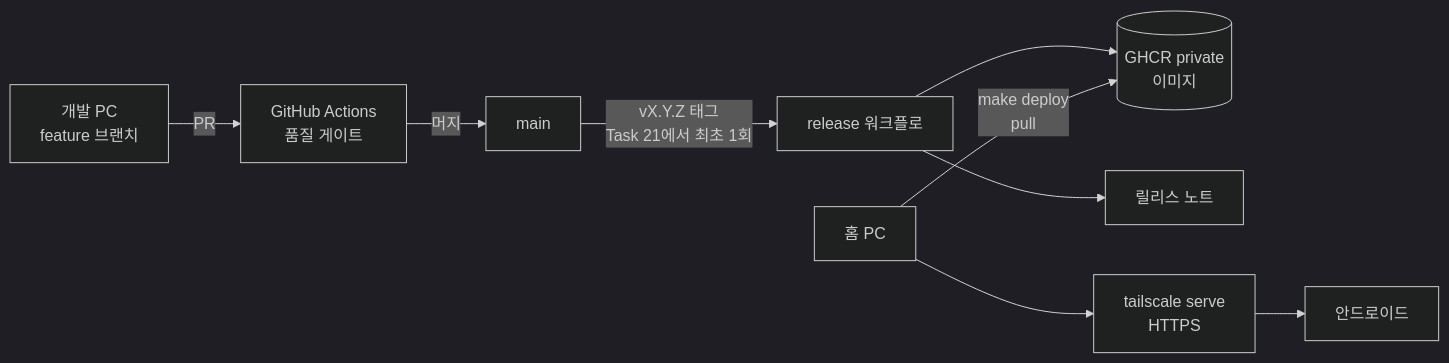
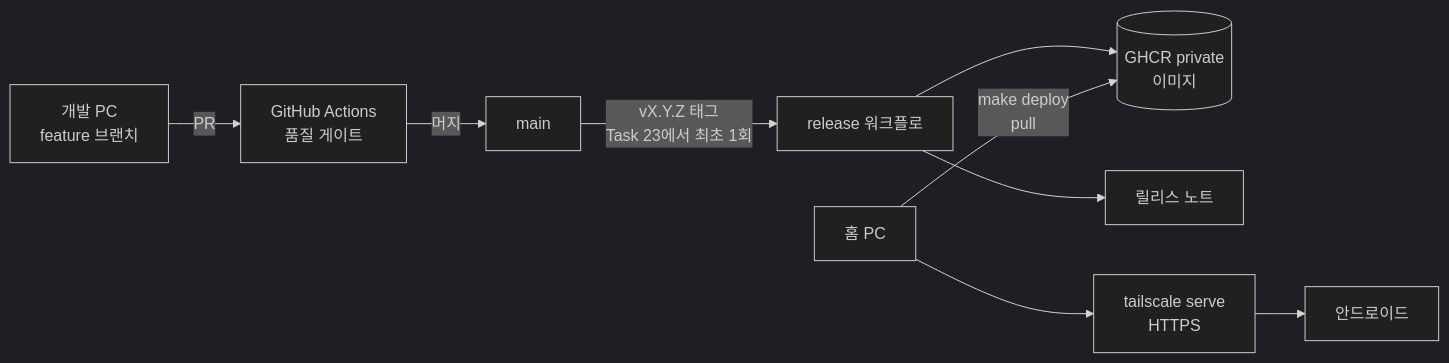
The fifth of 5 diagrams in docs/architecture.md (jihoon22-lee/SoolJang), drawn with Mermaid (dark theme) before and after one commit. The commit also changed other lines of this file, not shown here.

````diff
--- a/docs/architecture.md
+++ b/docs/architecture.md
@@ -543,11 +584,11 @@
 ```mermaid
 flowchart LR
     DEV[개발 PC<br/>feature 브랜치] -->|PR| GH[GitHub Actions<br/>품질 게이트]
     GH -->|머지| MAIN[main]
-    MAIN -->|vX.Y.Z 태그<br/>Task 21에서 최초 1회| REL[release 워크플로]
+    MAIN -->|vX.Y.Z 태그<br/>Task 23에서 최초 1회| REL[release 워크플로]
     REL --> GHCR[(GHCR private<br/>이미지)]
     REL --> NOTES[릴리스 노트]
     HOME[홈 PC] -->|make deploy<br/>pull| GHCR
     HOME --> TSNET[tailscale serve<br/>HTTPS]
     TSNET --> PHONE[안드로이드]
 ```
````
